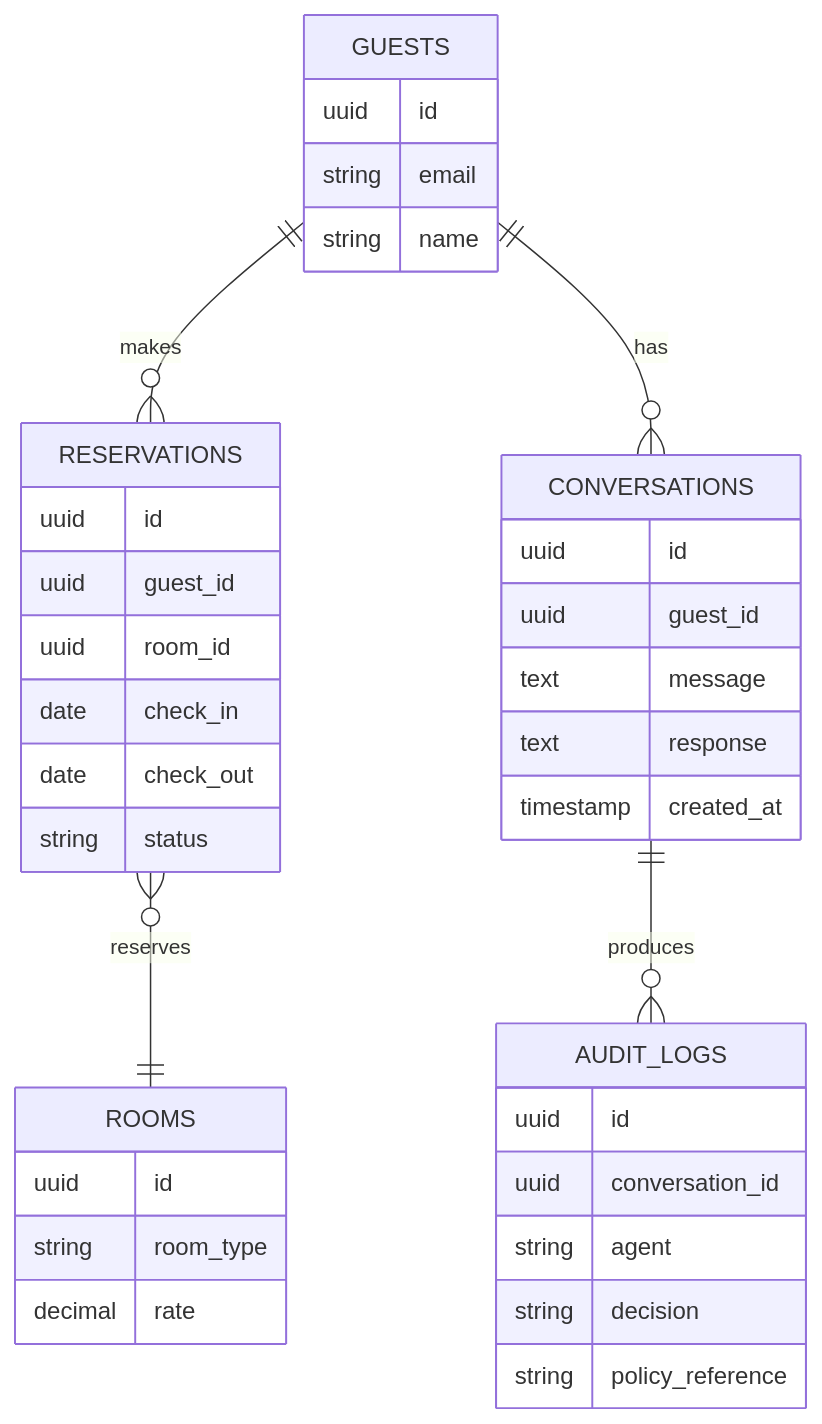
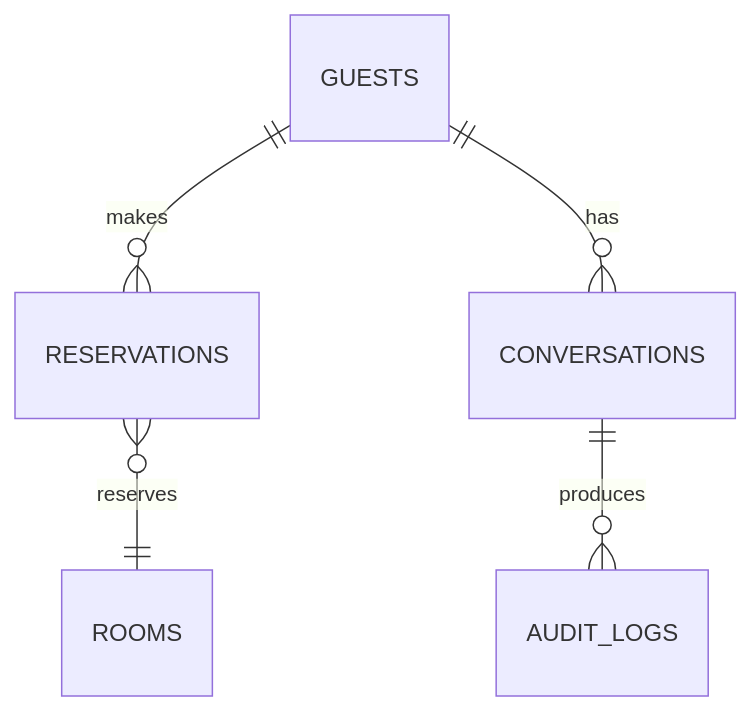
The sixth of 8 diagrams in docs/architecture/architecture.md (AmoghPai19/Multi-Agent-AI-Hotel-Support-System), drawn with Mermaid before and after one commit. The commit also changed other lines of this file and 1 other file, not shown here.

Commit message:
Added project vision, technology decisions, architecture, and workflow specifications

````diff
--- a/docs/architecture/architecture.md
+++ b/docs/architecture/architecture.md
@@ -269,39 +184,7 @@
 ```mermaid
 erDiagram
     GUESTS ||--o{ RESERVATIONS : makes
     GUESTS ||--o{ CONVERSATIONS : has
     RESERVATIONS }o--|| ROOMS : reserves
     CONVERSATIONS ||--o{ AUDIT_LOGS : produces
-    GUESTS {
-        uuid id
-        string email
-        string name
-    }
-    RESERVATIONS {
-        uuid id
-        uuid guest_id
-        uuid room_id
-        date check_in
-        date check_out
-        string status
-    }
-    ROOMS {
-        uuid id
-        string room_type
-        decimal rate
-    }
-    CONVERSATIONS {
-        uuid id
-        uuid guest_id
-        text message
-        text response
-        timestamp created_at
-    }
-    AUDIT_LOGS {
-        uuid id
-        uuid conversation_id
-        string agent
-        string decision
-        string policy_reference
-    }
 ```
````
